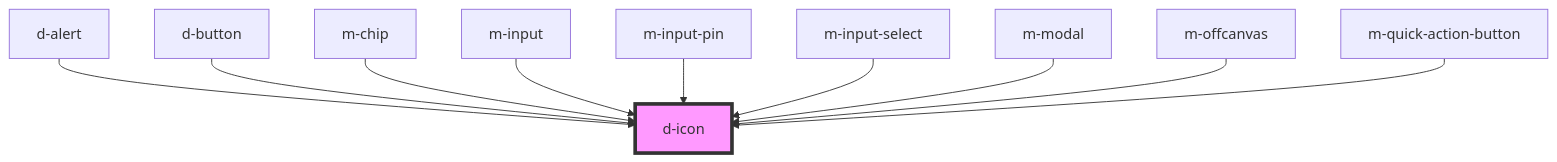
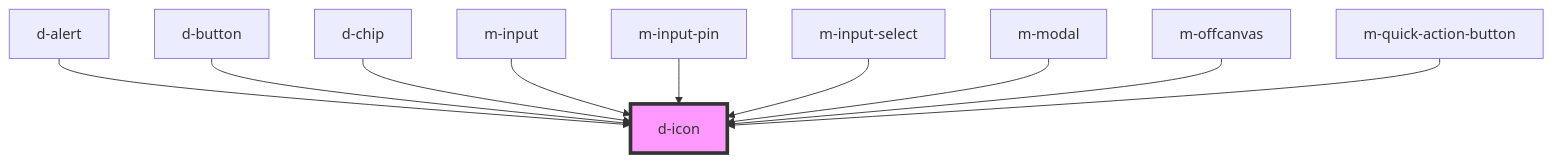
One commit to dynamic-framework/dynamic-ui changed the diagram in libraries/dynamic-ui/src/components/d-icon/readme.md. Above: the diagram before and after it, drawn with Mermaid. The commit also changed other lines of this file and 21 other files, not shown here.

````diff
--- a/libraries/dynamic-ui/src/components/d-icon/readme.md
+++ b/libraries/dynamic-ui/src/components/d-icon/readme.md
@@ -41,13 +41,13 @@
 ```mermaid
 graph TD;
   d-alert --> d-icon
   d-button --> d-icon
-  m-chip --> d-icon
+  d-chip --> d-icon
   m-input --> d-icon
   m-input-pin --> d-icon
   m-input-select --> d-icon
   m-modal --> d-icon
   m-offcanvas --> d-icon
   m-quick-action-button --> d-icon
   style d-icon fill:#f9f,stroke:#333,stroke-width:4px
 ```
````
